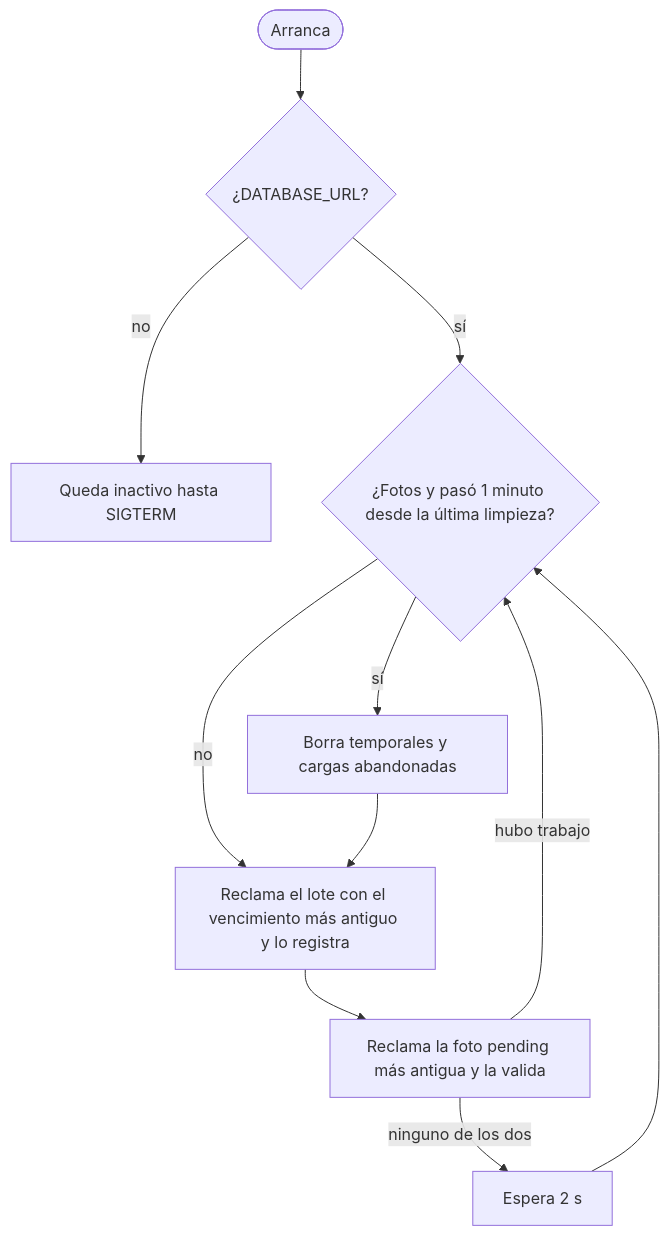
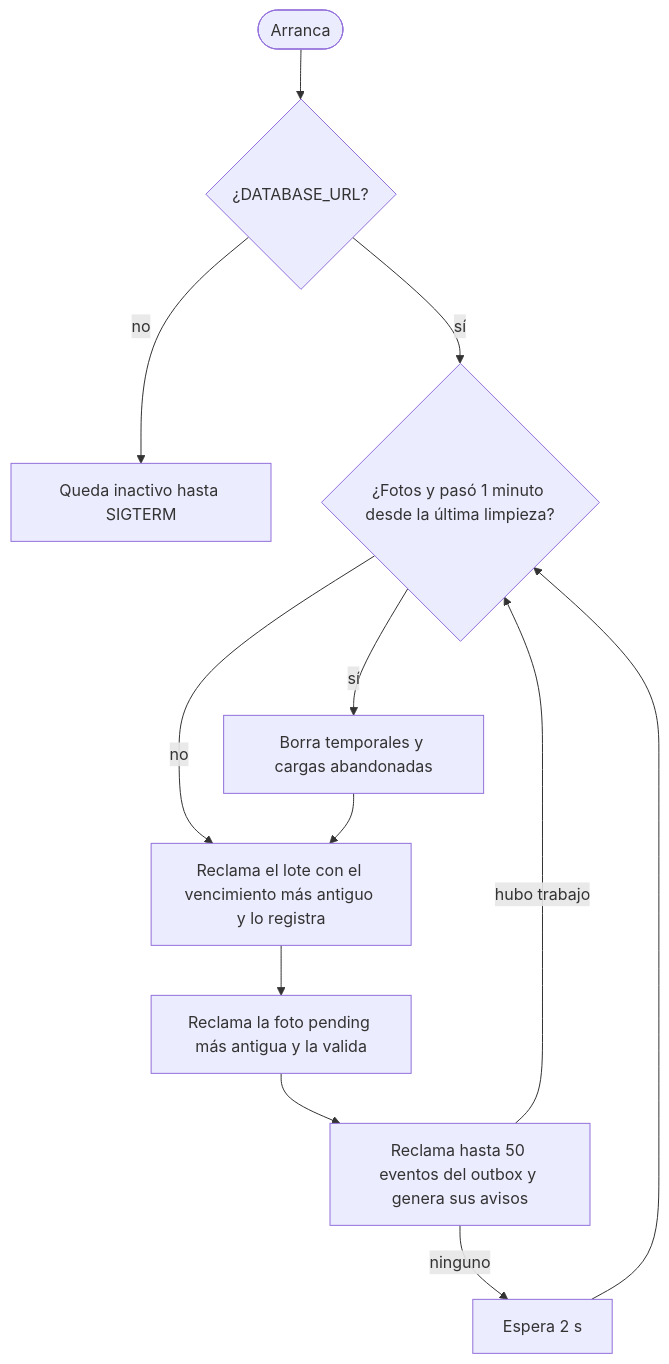
Before and after one commit to ClemoAcevedo/rescate: the second of 3 diagrams in docs/arquitectura/arquitectura.md, drawn with Mermaid. The commit also changed other lines of this file and 51 other files, not shown here.

Commit message:
feat(K030): avisos internos y outbox

````diff
--- a/docs/arquitectura/arquitectura.md
+++ b/docs/arquitectura/arquitectura.md
@@ -126,12 +126,13 @@
 ```mermaid
 flowchart TD
   inicio([Arranca]) --> config{¿DATABASE_URL?}
   config -- no --> inactivo[Queda inactivo hasta SIGTERM]
   config -- sí --> limpieza{¿Fotos y pasó 1 minuto desde la última limpieza?}
   limpieza -- sí --> limpiar[Borra temporales y cargas abandonadas]
   limpieza -- no --> vencer
   limpiar --> vencer[Reclama el lote con el vencimiento más antiguo y lo registra]
   vencer --> foto[Reclama la foto pending más antigua y la valida]
-  foto -- hubo trabajo --> limpieza
-  foto -- ninguno de los dos --> espera[Espera 2 s] --> limpieza
+  foto --> avisos[Reclama hasta 50 eventos del outbox y genera sus avisos]
+  avisos -- hubo trabajo --> limpieza
+  avisos -- ninguno --> espera[Espera 2 s] --> limpieza
 ```
````
